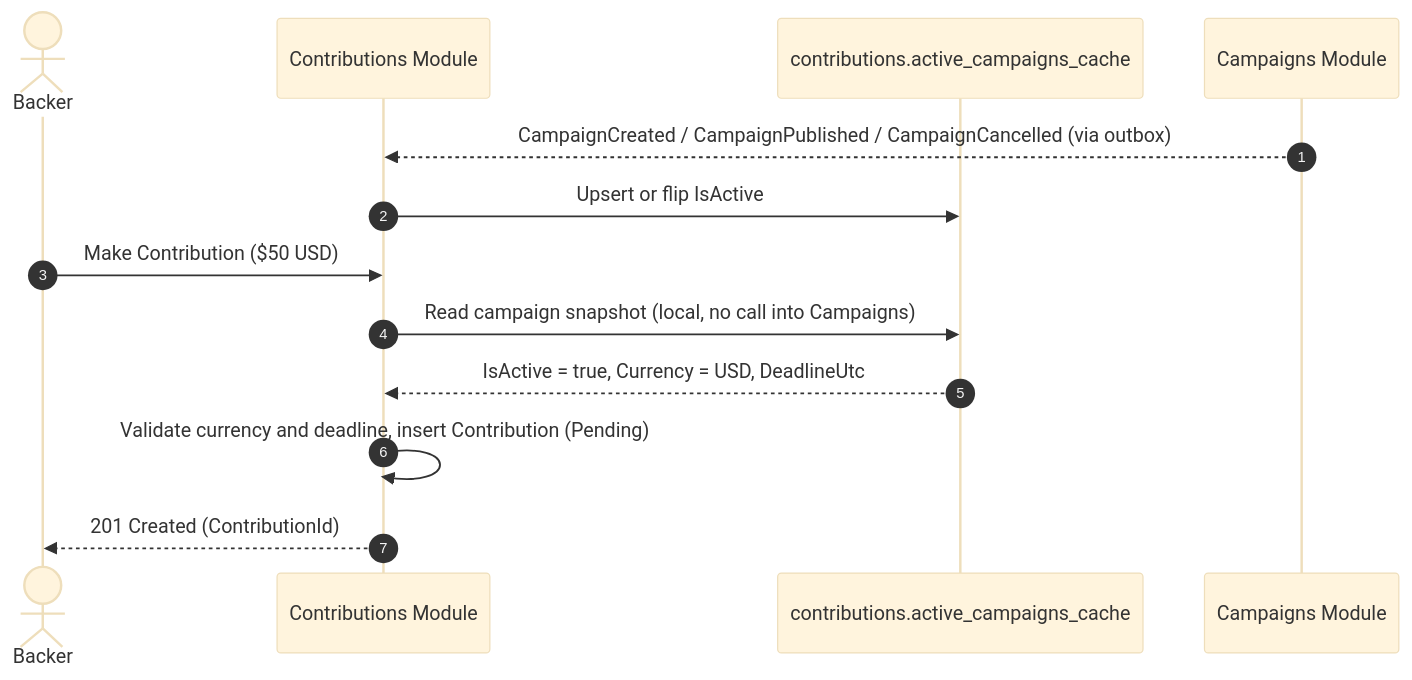
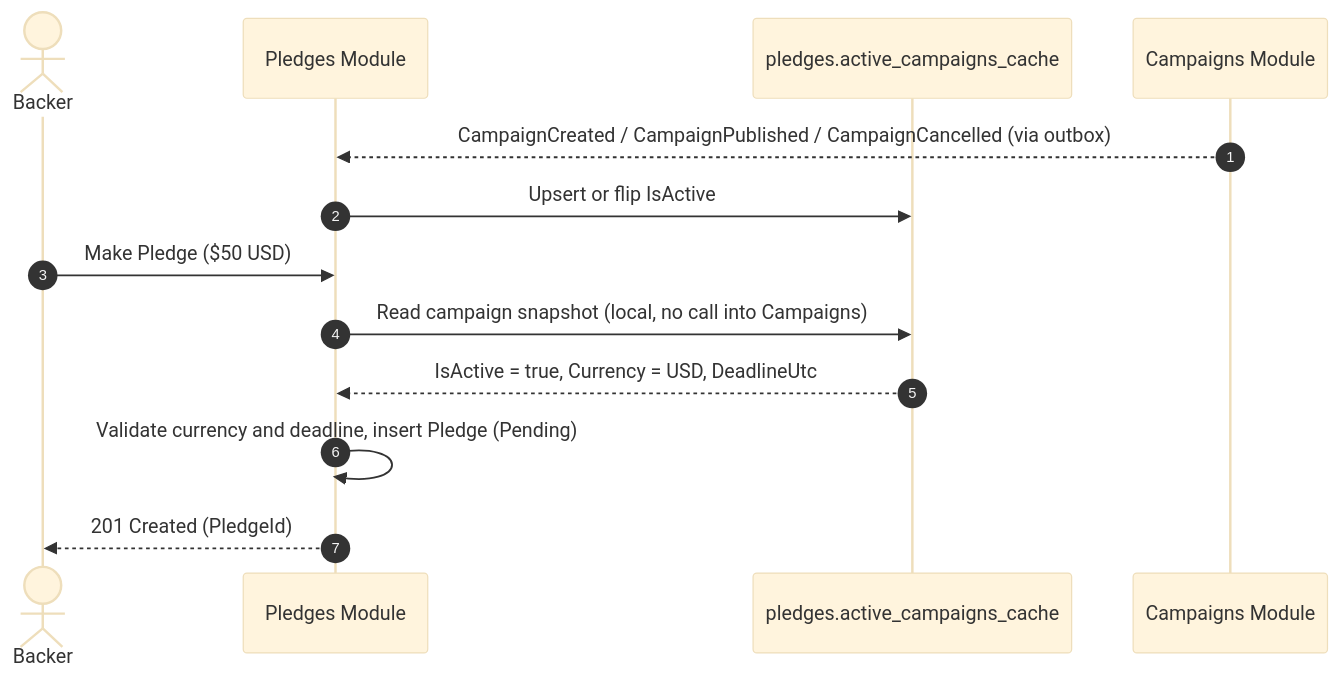
Before and after one commit to maysamgamini/crowdfundinghub: the seventh of 14 diagrams in docs/TRADE_OFFS_AND_LIMITATIONS.md, drawn with Mermaid (base theme). The commit also changed other lines of this file and 571 other files, not shown here.

First line of the commit message:
refactor: use the course vocabulary, pledge and backer, where the code said contribution and contributor

````diff
--- a/docs/TRADE_OFFS_AND_LIMITATIONS.md
+++ b/docs/TRADE_OFFS_AND_LIMITATIONS.md
@@ -382,16 +382,16 @@
 ```mermaid
 sequenceDiagram
     autonumber
     actor Backer
-    participant ContApp as Contributions Module
-    participant Cache as contributions.active_campaigns_cache
+    participant ContApp as Pledges Module
+    participant Cache as pledges.active_campaigns_cache
     participant Camp as Campaigns Module
 
     Camp-->>ContApp: CampaignCreated / CampaignPublished / CampaignCancelled (via outbox)
     ContApp->>Cache: Upsert or flip IsActive
-    Backer->>ContApp: Make Contribution ($50 USD)
+    Backer->>ContApp: Make Pledge ($50 USD)
     ContApp->>Cache: Read campaign snapshot (local, no call into Campaigns)
     Cache-->>ContApp: IsActive = true, Currency = USD, DeadlineUtc
-    ContApp->>ContApp: Validate currency and deadline, insert Contribution (Pending)
-    ContApp-->>Backer: 201 Created (ContributionId)
+    ContApp->>ContApp: Validate currency and deadline, insert Pledge (Pending)
+    ContApp-->>Backer: 201 Created (PledgeId)
 ```
````
